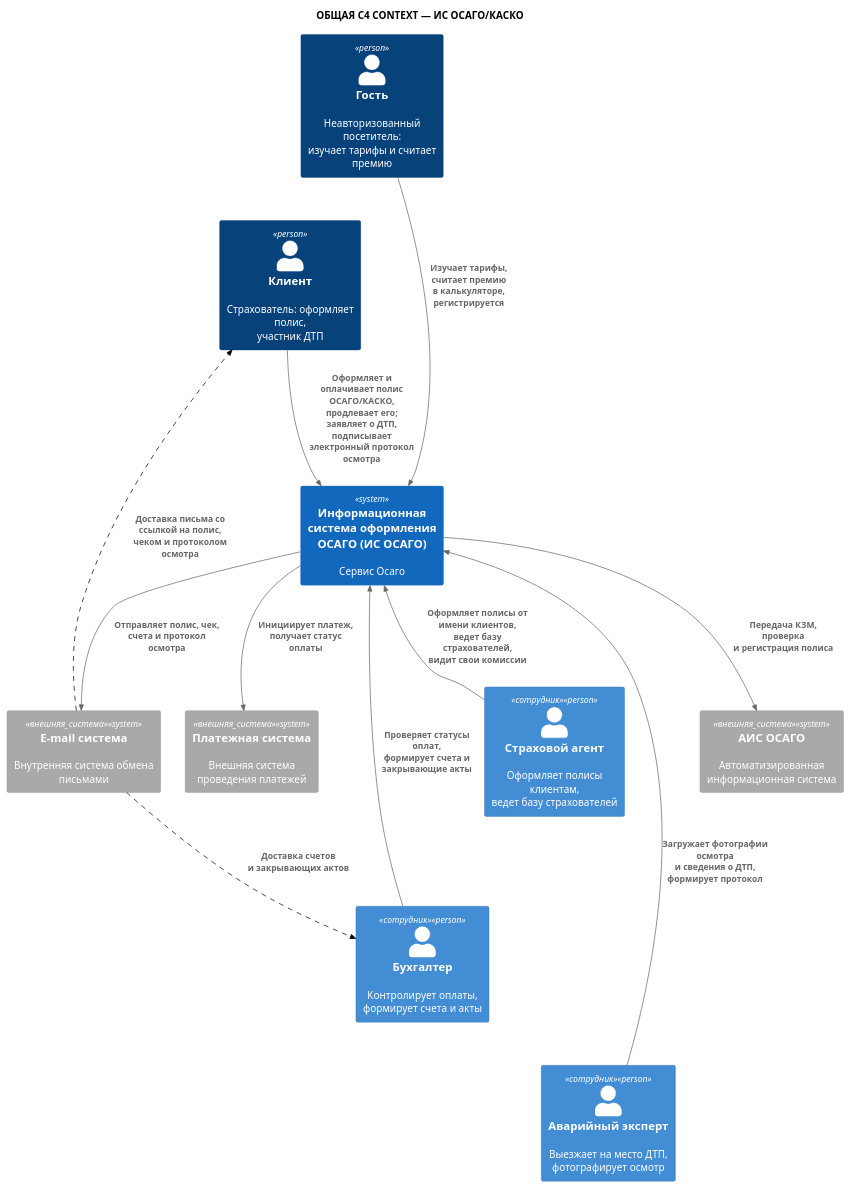
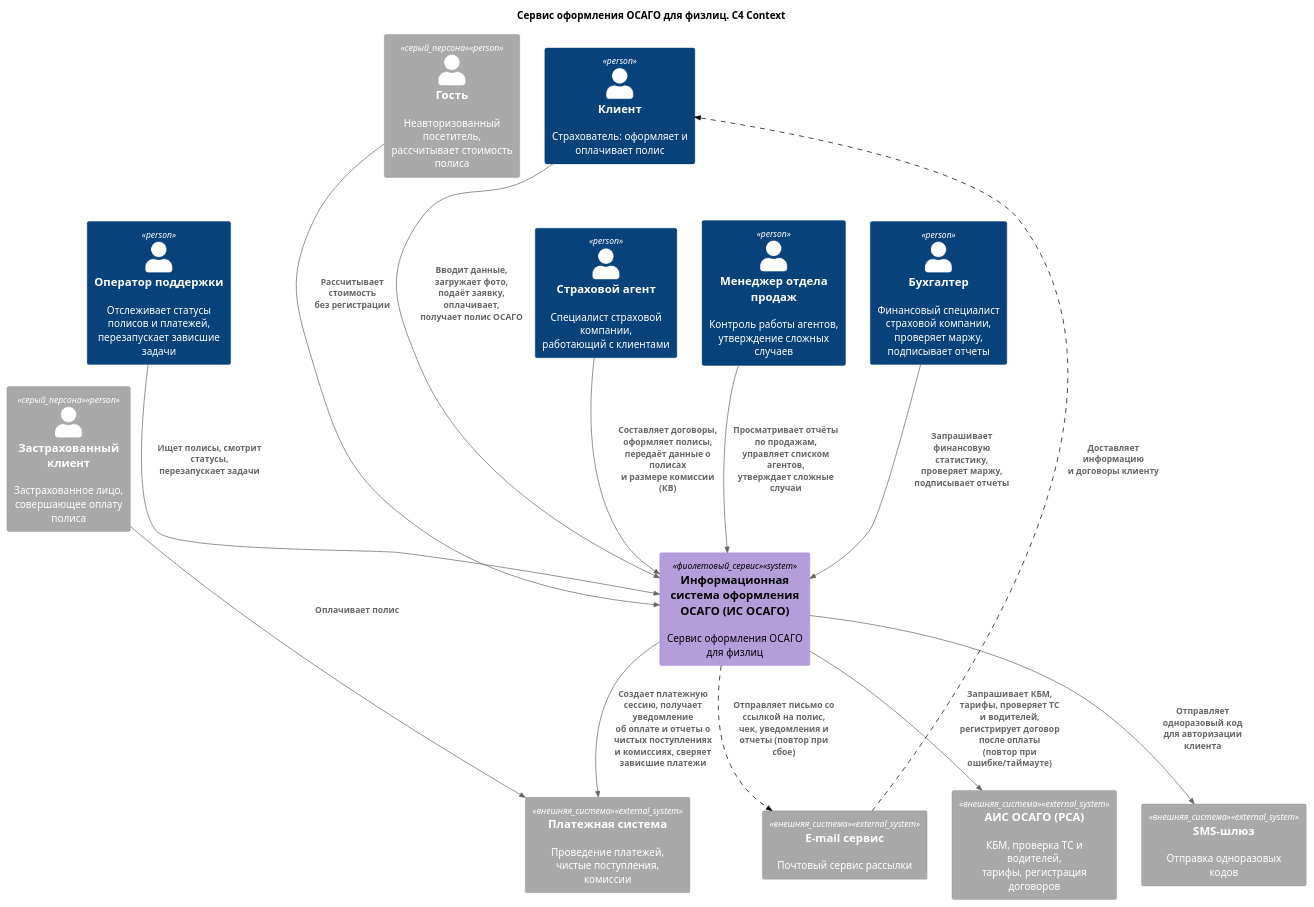
Before and after one commit to ElectricLight-ELO/Insurance-system: the diagram in docs_and_diagrams/context.puml, drawn with PlantUML.

Commit message:
MAIN_CONTEXT

```diff
--- a/docs_and_diagrams/context.puml
+++ b/docs_and_diagrams/context.puml
@@ -1,97 +1,74 @@
 @startuml
-!include <C4/C4_Context>
-title ОБЩАЯ C4 CONTEXT — ИС ОСАГО/КАСКО
+!include https://raw.githubusercontent.com/plantuml-stdlib/C4-PlantUML/master/C4_Context.puml
 
-' ============================================================
-' НАВИГАЦИЯ ДЛЯ КОМАНДЫ (5 участников = 5 контейнеров на C2):
-' 1. Web App        (React SPA)  — публичный портал + рабочие места сотрудников
-' 2. API            (FastAPI)    — точка входа, бизнес-логика, авторизация
-' 3. Worker         (Python)     — PDF, рассылки, регистрация полисов, сверка оплат
-' 4. Database       (PostgreSQL) — полисы, страхователи, пользователи, акты ДТП
-' 5. Object Storage (S3 / MinIO) — фото ДТП, сканы документов, подписи
-' Роли на этой диаграмме сгруппированы так, чтобы каждый контейнер
-' имел своего заказчика-актора:
-'   Web App        <- Гость, Клиент, Агент, Бухгалтер, Эксперт
-'   API            <- все роли + внешние системы
-'   Worker         <- Бухгалтер (счета/сверки), Эксперт (протокол), Клиент (полис)
-'   Database       <- Агент (база страхователей), Бухгалтер (платежи)
-'   Object Storage <- Эксперт (фото ДТП), Клиент (сканы/подписи)
-' ============================================================
+title Сервис оформления ОСАГО для физлиц. C4 Context
 
 ' === НАСТРОЙКА ЦВЕТОВ ===
-' Серые внешние системы
-AddSystemTag("внешняя_система", $bgColor="#A9A9A9", $borderColor="#8A8A8A", $fontColor="#FFFFFF")
-
-' Фиолетовый центральный сервис
-AddSystemTag("фиолетовый_сервис", $bgColor="#B39DDB", $borderColor="#9575CD", $fontColor="#000000")
-
-' Голубой оттенок для сотрудников страховой
-AddPersonTag("сотрудник", $bgColor="#438DD5", $borderColor="#316CA5", $fontColor="#FFFFFF")
-
-' Пунктирная линия
-AddRelTag("пунктир", $lineStyle = DashedLine(), $lineColor = "#000000")
+AddSystemTag("внешняя_система", $bgColor="#A9A9A9", $borderColor="#8A8A8A", $fontColor="#FFFFFF", $legendText="Внешняя система")
+AddSystemTag("фиолетовый_сервис", $bgColor="#B39DDB", $borderColor="#9575CD", $fontColor="#000000", $legendText="Сервис оформления ОСАГО")
+AddPersonTag("серый_персона", $bgColor="#A9A9A9", $borderColor="#8A8A8A", $fontColor="#FFFFFF", $legendText="Застрахованный клиент")
+AddRelTag("пунктир", $lineStyle=DashedLine(), $lineColor="#000000", $legendText="Асинхронное взаимодействие (фоновая обработка)")
 
 ' === ЭЛЕМЕНТЫ ===
 
-' --- Клиентская часть ---
-Person(guest, "Гость", "Неавторизованный посетитель:\nизучает тарифы и считает премию")
-Person(client, "Клиент", "Страхователь: оформляет полис,\nучастник ДТП")
+Person(guest, "Гость", "Неавторизованный посетитель,\nрассчитывает стоимость полиса", $tags="серый_персона")
+Person(client, "Клиент", "Страхователь: оформляет и\nоплачивает полис")
+Person(support, "Оператор поддержки", "Отслеживает статусы полисов и платежей,\nперезапускает зависшие задачи")
+Person(insured, "Застрахованный клиент", "Застрахованное лицо,\nсовершающее оплату полиса", $tags="серый_персона")
 
-' --- Сотрудники страховой ---
-Person(agent, "Страховой агент", "Оформляет полисы клиентам,\nведет базу страхователей", $tags="сотрудник")
-Person(accountant, "Бухгалтер", "Контролирует оплаты,\nформирует счета и акты", $tags="сотрудник")
-Person(expert, "Аварийный эксперт", "Выезжает на место ДТП,\nфотографирует осмотр", $tags="сотрудник")
+Person(agent, "Страховой агент", "Специалист страховой компании,\nработающий с клиентами")
+Person(manager, "Менеджер отдела продаж", "Контроль работы агентов,\nутверждение сложных случаев")
+Person(accountant, "Бухгалтер", "Финансовый специалист страховой компании,\nпроверяет маржу, подписывает отчеты")
 
-' --- Центральная система ---
-System(service, "Информационная система оформления ОСАГО (ИС ОСАГО)", "Cервис Осаго")
+System(service, "Информационная система оформления ОСАГО (ИС ОСАГО)", "Сервис оформления ОСАГО для физлиц", $tags="фиолетовый_сервис")
 
-' --- Внешние системы ---
-System(payment_sys, "Платежная система", "Внешняя система проведения платежей", $tags="внешняя_система")
-System(email_sys, "E-mail система", "Внутренняя система обмена письмами", $tags="внешняя_система")
-System(ais_osago, "АИС ОСАГО", "Автоматизированная информационная система", $tags="внешняя_система")
+System_Ext(payment_sys, "Платежная система", "Проведение платежей, чистые поступления, комиссии", $tags="внешняя_система")
+System_Ext(email_sys, "E-mail сервис", "Почтовый сервис рассылки", $tags="внешняя_система")
+System_Ext(ais_osago, "АИС ОСАГО (РСА)", "КБМ, проверка ТС и водителей,\nтарифы, регистрация договоров", $tags="внешняя_система")
+System_Ext(sms_sys, "SMS-шлюз", "Отправка одноразовых кодов", $tags="внешняя_система")
 
 ' === СВЯЗИ ===
 
-' Гость -> Сервис
-Rel(guest, service, "Изучает тарифы, считает премию\nв калькуляторе, регистрируется")
+' Персоны -> Сервис
+Rel(guest, service, "Рассчитывает стоимость\nбез регистрации")
+Rel(client, service, "Вводит данные, загружает фото,\nподаёт заявку, оплачивает,\nполучает полис ОСАГО")
+Rel(support, service, "Ищет полисы, смотрит статусы,\nперезапускает задачи")
+Rel(agent, service, "Составляет договоры, оформляет полисы,\nпередаёт данные о полисах\nи размере комиссии (КВ)")
+Rel(manager, service, "Просматривает отчёты по продажам,\nуправляет списком агентов,\nутверждает сложные случаи")
+Rel(accountant, service, "Запрашивает финансовую статистику,\nпроверяет маржу, подписывает отчеты")
 
-' Клиент -> Сервис
-Rel(client, service, "Оформляет и оплачивает полис ОСАГО/КАСКО,\nпродлевает его; заявляет о ДТП,\nподписывает электронный протокол осмотра")
+' Застрахованный клиент -> Платежная система
+Rel(insured, payment_sys, "Оплачивает полис")
 
-' Страховой агент -> Сервис
-Rel(agent, service, "Оформляет полисы от имени клиентов,\nведет базу страхователей,\nвидит свои комиссии")
+' Сервис -> внешние системы
+Rel(service, payment_sys, "Создает платежную сессию, получает уведомление\nоб оплате и отчеты о чистых поступлениях\nи комиссиях, сверяет зависшие платежи")
+Rel(service, sms_sys, "Отправляет одноразовый код\nдля авторизации клиента")
+Rel(service, ais_osago, "Запрашивает КБМ, тарифы, проверяет ТС и водителей,\nрегистрирует договор после оплаты\n(повтор при ошибке/таймауте)")
+Rel(service, email_sys, "Отправляет письмо со ссылкой на полис,\nчек, уведомления и отчеты (повтор при сбое)", $tags="пунктир")
 
-' Бухгалтер -> Сервис
-Rel(accountant, service, "Проверяет статусы оплат,\nформирует счета и закрывающие акты")
-
-' Аварийный эксперт -> Сервис
-Rel(expert, service, "Загружает фотографии осмотра\nи сведения о ДТП, формирует протокол")
-
-' Сервис -> Платежная система
-Rel(service, payment_sys, "Инициирует платеж,\nполучает статус оплаты")
-
-' Сервис -> E-mail система
-Rel(service, email_sys, "Отправляет полис, чек,\nсчета и протокол осмотра")
-
-' Сервис -> АИС ОСАГО
-Rel(service, ais_osago, "Передача КЗМ, проверка\nи регистрация полиса")
-
-' Пунктирные связи E-mail система -> получатели
-Rel(email_sys, client, "Доставка письма со ссылкой на полис,\nчеком и протоколом осмотра", $tags="пунктир")
-Rel(email_sys, accountant, "Доставка счетов\nи закрывающих актов", $tags="пунктир")
+' Внешние системы -> Персоны
+Rel(email_sys, client, "Доставляет информацию\nи договоры клиенту", $tags="пунктир")
 
 ' === УПРАВЛЕНИЕ LAYOUT (скрытые связи) ===
-' Клиентская группа — слева
-guest -[hidden]down- client
-client -[hidden]right- service
-' Сотрудники — справа столбиком
-service -[hidden]right- agent
-agent -[hidden]down- accountant
-accountant -[hidden]down- expert
-' Внешние системы — снизу в ряд
-service -[hidden]down- payment_sys
+
+' Первый ряд персон
+guest -[hidden]right- client
+client -[hidden]right- support
+support -[hidden]right- insured
+
+' Второй ряд персон
+agent -[hidden]right- manager
+manager -[hidden]right- accountant
+
+' Ряды друг под другом, сервис под ними
+guest -[hidden]down- agent
+client -[hidden]down- manager
+manager -[hidden]down- service
+
+' Внешние системы в один ряд внизу
+service -[hidden]down- email_sys
 payment_sys -[hidden]right- email_sys
 email_sys -[hidden]right- ais_osago
-
+ais_osago -[hidden]right- sms_sys
 
 @enduml
```
